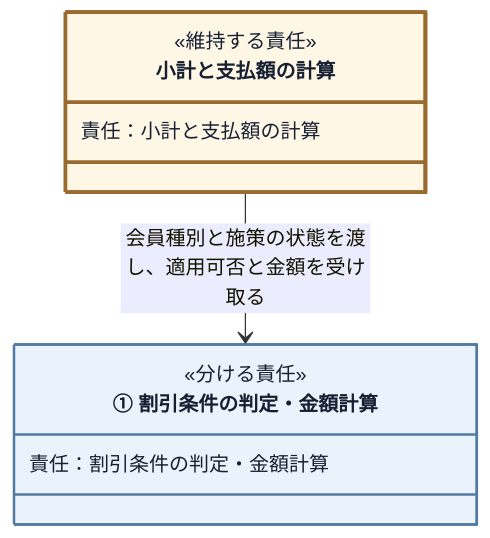
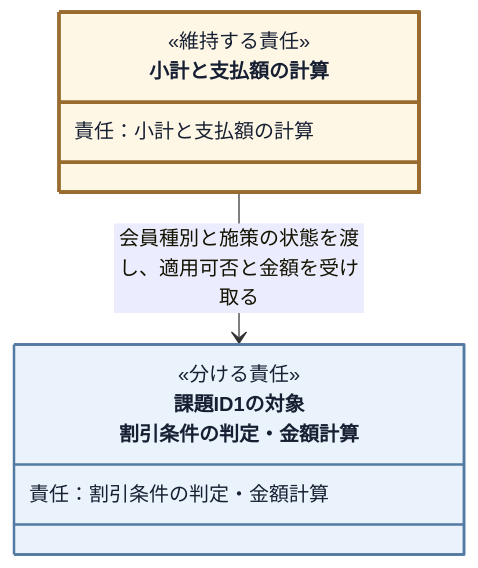
One commit to kumachan1101-pixel/DesignPattern changed the ninth of 20 diagrams in kindle/design-patterns/books/volume01-core-patterns/output/03-chapter01.md. Above: the diagram before and after it, drawn with Mermaid. The commit also changed other lines of this file and 12 other files, not shown here.

````diff
--- a/kindle/design-patterns/books/volume01-core-patterns/output/03-chapter01.md
+++ b/kindle/design-patterns/books/volume01-core-patterns/output/03-chapter01.md
@@ -1343,17 +1339,17 @@
 ```mermaid
 classDiagram
     %% provisional-role-diagram
     direction TB
     class OrderCalculation["小計と支払額の計算"]:::current {
         <<維持する責任>>
         責任：小計と支払額の計算
     }
-    class PromotionPolicy["① 割引条件の判定・金額計算"]:::separated {
+    class PromotionPolicy["課題ID1の対象<br>割引条件の判定・金額計算"]:::separated {
         <<分ける責任>>
         責任：割引条件の判定・金額計算
     }
     OrderCalculation --> PromotionPolicy : 会員種別と施策の状態を渡し、適用可否と金額を受け取る
 
     classDef separated fill:#eaf2fb,stroke:#527aa3,stroke-width:2px,color:#172033;
     classDef current fill:#fff7e6,stroke:#9a6b2f,stroke-width:3px,color:#172033;
 ```
````
